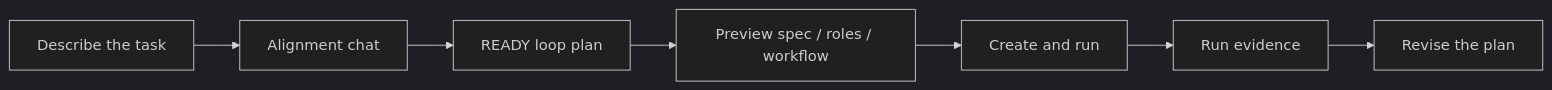
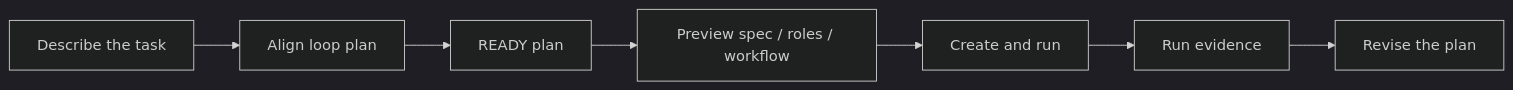
Before and after one commit to huyusong10/Liminal: the diagram in README.md, drawn with Mermaid (dark theme). The commit also changed other lines of this file and 36 other files, not shown here.

````diff
--- a/README.md
+++ b/README.md
@@ -102,9 +124,9 @@
 ```mermaid
 flowchart LR
-    A["Describe the task"] --> B["Alignment chat"]
-    B --> C["READY loop plan"]
+    A["Describe the task"] --> B["Align loop plan"]
+    B --> C["READY plan"]
     C --> D["Preview spec / roles / workflow"]
     D --> E["Create and run"]
     E --> F["Run evidence"]
     F --> G["Revise the plan"]
 ```
````
